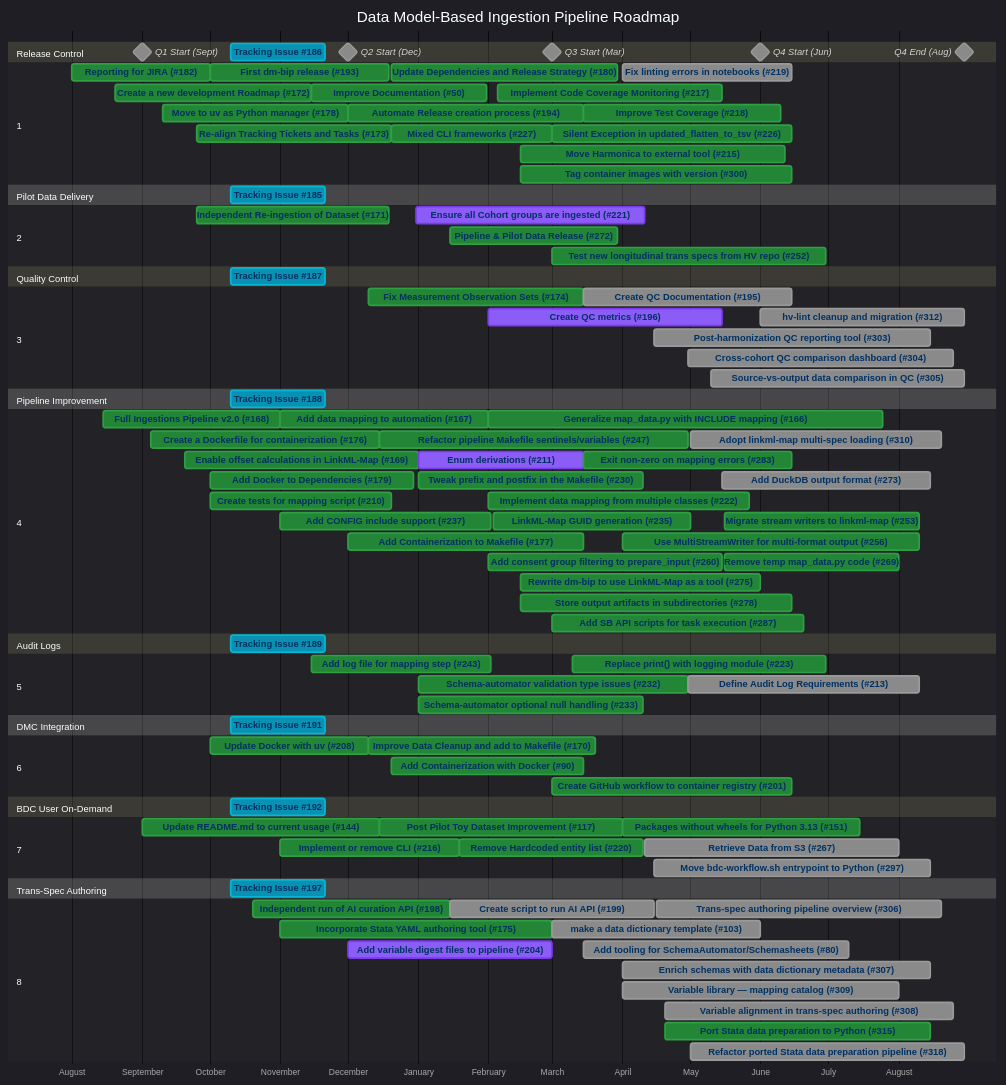
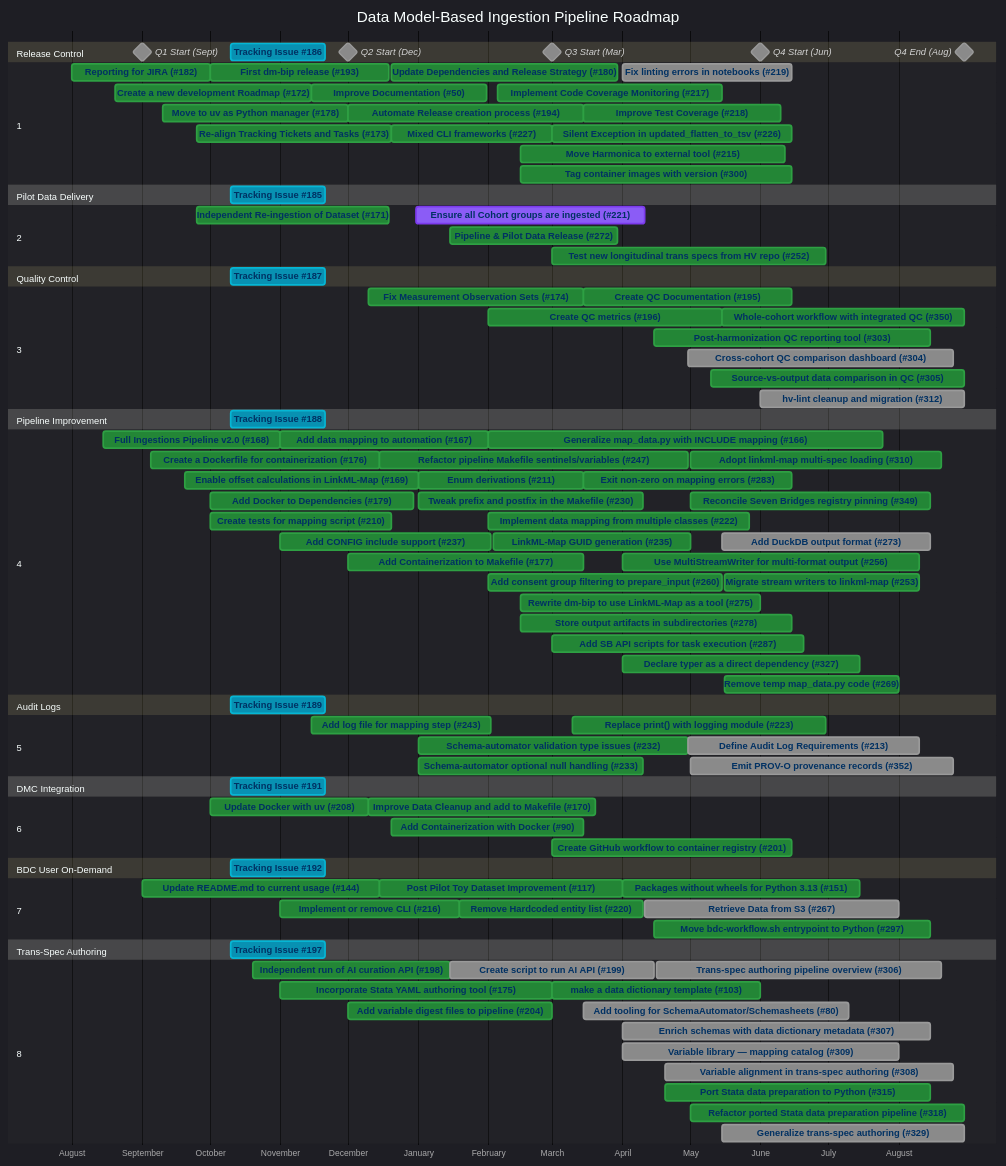
One commit to linkml/dm-bip changed the diagram in DEVELOPMENT.md. Above: the diagram before and after it, drawn with Mermaid. The commit also changed other lines of this file and 1 other file, not shown here.

Commit message:
Sync roadmap (August 2026) and add a Future Work section

```diff
--- a/DEVELOPMENT.md
+++ b/DEVELOPMENT.md
@@ -66,12 +66,13 @@
 
     section 3 
     Fix Measurement Observation Sets (#174)             :done, i174, 2025-12-10, 2026-03-15
-    Create QC metrics (#196)                            :active, i196, 2026-02-01, 2026-05-15
-    Create QC Documentation (#195)                      :i195, 2026-03-15, 2026-06-15
-    Post-harmonization QC reporting tool (#303)         :i303, 2026-04-15, 2026-08-15
+    Create QC metrics (#196)                            :done, i196, 2026-02-01, 2026-05-15
+    Create QC Documentation (#195)                      :done, i195, 2026-03-15, 2026-06-15
+    Post-harmonization QC reporting tool (#303)         :done, i303, 2026-04-15, 2026-08-15
     Cross-cohort QC comparison dashboard (#304)         :i304, 2026-04-30, 2026-08-25
-    Source-vs-output data comparison in QC (#305)       :i305, 2026-05-10, 2026-08-30
+    Source-vs-output data comparison in QC (#305)       :done, i305, 2026-05-10, 2026-08-30
     hv-lint cleanup and migration (#312)                :i312, 2026-06-01, 2026-08-30
+    Whole-cohort workflow with integrated QC (#350)     :done, i350, 2026-05-15, 2026-08-30
 
     section Pipeline Improvement
     Tracking Issue #188                     :crit, t188, 2025-10-10, 6w
@@ -84,7 +85,7 @@
     Create tests for mapping script (#210)              :done, i210, 2025-10-01, 2025-12-20
     Add Containerization to Makefile (#177)             :done, i177, 2025-12-01, 2026-03-15
     Enable offset calculations in LinkML-Map (#169)     :done, i169, 2025-09-20, 2026-01-01
-    Enum derivations (#211)                             :active, i211, 2026-01-01, 2026-03-15
+    Enum derivations (#211)                             :done, i211, 2026-01-01, 2026-03-15
     Generalize map_data.py with INCLUDE mapping (#166)  :done, i166, 2026-02-01, 2026-07-25
     Implement data mapping from multiple classes (#222) :done, i222, 2026-02-01, 2026-05-27
     Tweak prefix and postfix in the Makefile (#230)     :done, i230, 2026-01-01, 2026-04-10
@@ -100,7 +101,9 @@
     Exit non-zero on mapping errors (#283)               :done, i283, 2026-03-15, 2026-06-15
     Add SB API scripts for task execution (#287)         :done, i287, 2026-03-01, 2026-06-20
     Add DuckDB output format (#273)                      :i273, 2026-05-15, 2026-08-15
-    Adopt linkml-map multi-spec loading (#310)           :i310, 2026-05-01, 2026-08-20
+    Adopt linkml-map multi-spec loading (#310)           :done, i310, 2026-05-01, 2026-08-20
+    Declare typer as a direct dependency (#327)          :done, i327, 2026-04-01, 2026-07-15
+    Reconcile Seven Bridges registry pinning (#349)      :done, i349, 2026-05-01, 2026-08-15
 
     section Audit Logs
     Tracking Issue #189                     :crit, t189, 2025-10-10, 6w
@@ -111,6 +114,7 @@
     Add log file for mapping step (#243)               :done, i243, 2025-11-15, 2026-02-02
     Schema-automator validation type issues (#232)     :done, i232, 2026-01-01, 2026-04-30
     Schema-automator optional null handling (#233)     :done, i233, 2026-01-01, 2026-04-10
+    Emit PROV-O provenance records (#352)              :i352, 2026-05-01, 2026-08-25
 
     section DMC Integration
     Tracking Issue #191                     :crit, t191, 2025-10-10, 6w
@@ -131,7 +135,7 @@
     Implement or remove CLI (#216)                     :done, i216, 2025-11-01, 2026-01-19
     Remove Hardcoded entity list (#220)                :done, i220, 2026-01-19, 2026-04-10
     Retrieve Data from S3 (#267)                       :i267, 2026-04-11, 2026-08-01
-    Move bdc-workflow.sh entrypoint to Python (#297)   :i297, 2026-04-15, 2026-08-15
+    Move bdc-workflow.sh entrypoint to Python (#297)   :done, i297, 2026-04-15, 2026-08-15
 
     section Trans-Spec Authoring
     Tracking Issue #197                     :crit, t197, 2025-10-10, 6w
@@ -141,14 +145,15 @@
     Incorporate Stata YAML authoring tool (#175)        :done, i175, 2025-11-01, 2026-03-01
     Create script to run AI API (#199)                  :i199, 2026-01-15, 2026-04-15
     Add tooling for SchemaAutomator/Schemasheets (#80)  :i80, 2026-03-15, 2026-07-10
-    make a data dictionary template (#103)              :i103, 2026-03-01, 2026-06-01
-    Add variable digest files to pipeline (#204)        :active, i204, 2025-12-01, 2026-03-01
+    make a data dictionary template (#103)              :done, i103, 2026-03-01, 2026-06-01
+    Add variable digest files to pipeline (#204)        :done, i204, 2025-12-01, 2026-03-01
     Trans-spec authoring pipeline overview (#306)       :i306, 2026-04-16, 2026-08-20
     Enrich schemas with data dictionary metadata (#307) :i307, 2026-04-01, 2026-08-15
     Variable alignment in trans-spec authoring (#308)   :i308, 2026-04-20, 2026-08-25
     Variable library — mapping catalog (#309)           :i309, 2026-04-01, 2026-08-01
     Port Stata data preparation to Python (#315)        :done, i315, 2026-04-20, 2026-08-15
-    Refactor ported Stata data preparation pipeline (#318) :i318, 2026-05-01, 2026-08-30
+    Refactor ported Stata data preparation pipeline (#318) :done, i318, 2026-05-01, 2026-08-30
+    Generalize trans-spec authoring (#329)              :i329, 2026-05-15, 2026-08-30
 
     click t186 href "https://github.com/linkml/dm-bip/issues/186"
     click t185 href "https://github.com/linkml/dm-bip/issues/185"
@@ -236,6 +241,11 @@
     click i312 href "https://github.com/linkml/dm-bip/issues/312"
     click i315 href "https://github.com/linkml/dm-bip/issues/315"
     click i318 href "https://github.com/linkml/dm-bip/issues/318"
+    click i327 href "https://github.com/linkml/dm-bip/issues/327"
+    click i329 href "https://github.com/linkml/dm-bip/issues/329"
+    click i349 href "https://github.com/linkml/dm-bip/issues/349"
+    click i350 href "https://github.com/linkml/dm-bip/issues/350"
+    click i352 href "https://github.com/linkml/dm-bip/issues/352"
 
     axisFormat %B
     tickInterval 1month
```
